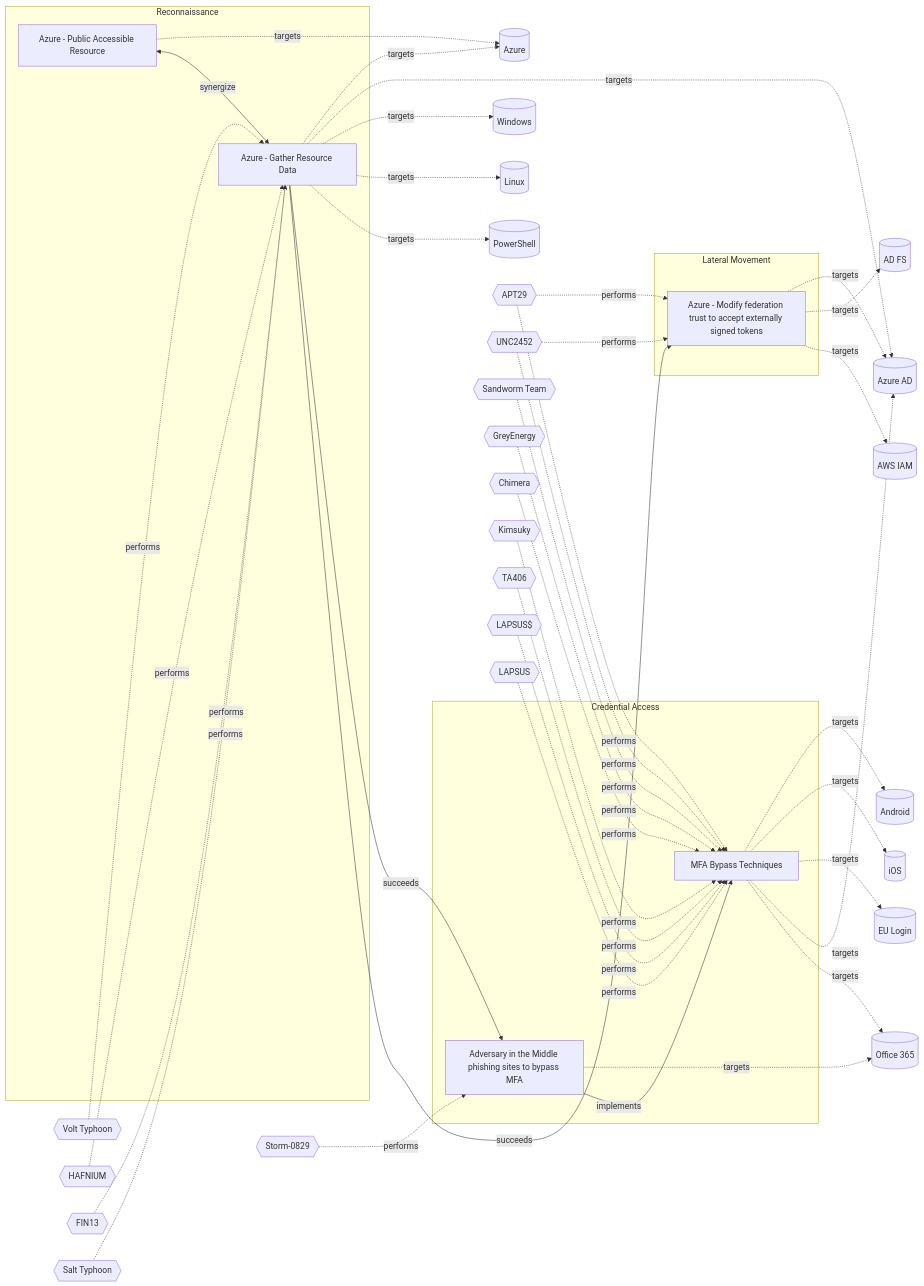
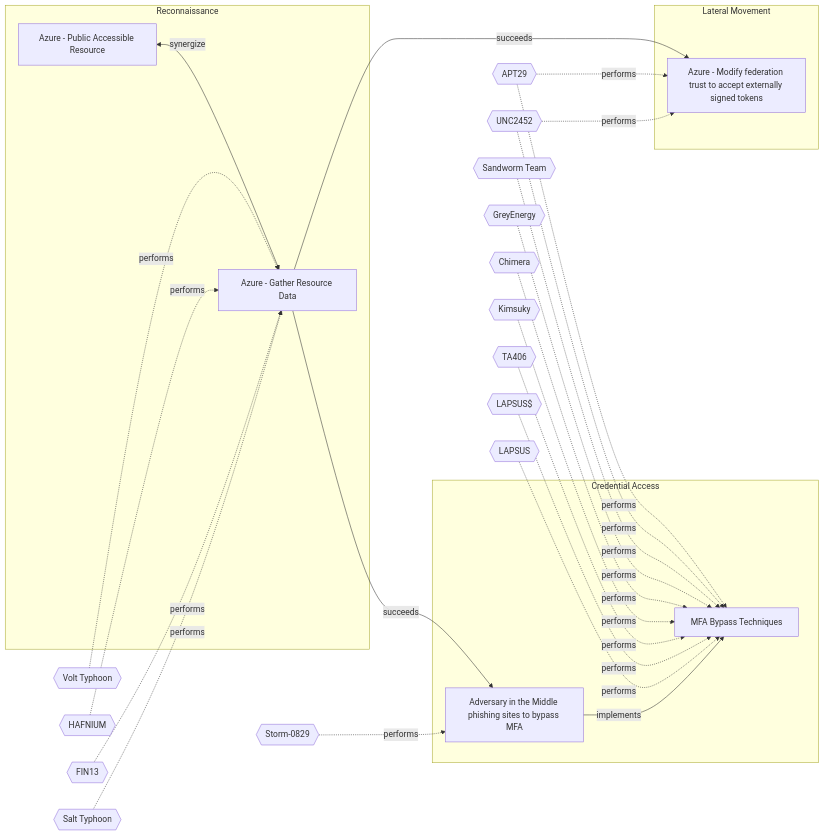
Before and after one commit to OpenTideHQ/WikiTide: the diagram in Models/Threat Vectors/☣️ Azure - Public Accessible Resource.md, drawn with Mermaid. The commit also changed other lines of this file and 232 other files, not shown here.

```diff
--- a/Models/Threat Vectors/☣️ Azure - Public Accessible Resource.md
+++ b/Models/Threat Vectors/☣️ Azure - Public Accessible Resource.md
@@ -108,17 +108,6 @@
 9bb31c65-8abd-48fc-afe3-8aca76109737
 end
 
-Azure[(Azure)]
-AzureAD[(Azure AD)]
-Windows[(Windows)]
-Linux[(Linux)]
-PowerShell[(PowerShell)]
-Office365[(Office 365)]
-ADFS[(AD FS)]
-AWSIAM[(AWS IAM)]
-Android[(Android)]
-iOS[(iOS)]
-EULogin[(EU Login)]
 VoltTyphoon{{Volt Typhoon}}
 HAFNIUM{{HAFNIUM}}
 FIN13{{FIN13}}
@@ -134,21 +123,6 @@
 LAPSUS${{LAPSUS$}}
 LAPSUS{{LAPSUS}}
 
-9b41d6cf-de4d-44d1-97cc-f3671f4ee5ab -.->|targets| Azure
-b1593e0b-1b3b-462d-9ab6-21d1c136469d -.->|targets| Azure
-b1593e0b-1b3b-462d-9ab6-21d1c136469d -.->|targets| AzureAD
-b1593e0b-1b3b-462d-9ab6-21d1c136469d -.->|targets| Windows
-b1593e0b-1b3b-462d-9ab6-21d1c136469d -.->|targets| Linux
-b1593e0b-1b3b-462d-9ab6-21d1c136469d -.->|targets| PowerShell
-66aafb61-9a46-4287-8b40-4785b42b77a3 -.->|targets| Office365
-9bb31c65-8abd-48fc-afe3-8aca76109737 -.->|targets| AzureAD
-9bb31c65-8abd-48fc-afe3-8aca76109737 -.->|targets| ADFS
-9bb31c65-8abd-48fc-afe3-8aca76109737 -.->|targets| AWSIAM
-4a807ac4-f764-41b1-ae6f-94239041d349 -.->|targets| Android
-4a807ac4-f764-41b1-ae6f-94239041d349 -.->|targets| iOS
-4a807ac4-f764-41b1-ae6f-94239041d349 -.->|targets| EULogin
-4a807ac4-f764-41b1-ae6f-94239041d349 -.->|targets| AzureAD
-4a807ac4-f764-41b1-ae6f-94239041d349 -.->|targets| Office365
 VoltTyphoon -.-> |performs| b1593e0b-1b3b-462d-9ab6-21d1c136469d
 HAFNIUM -.-> |performs| b1593e0b-1b3b-462d-9ab6-21d1c136469d
 FIN13 -.-> |performs| b1593e0b-1b3b-462d-9ab6-21d1c136469d
```
